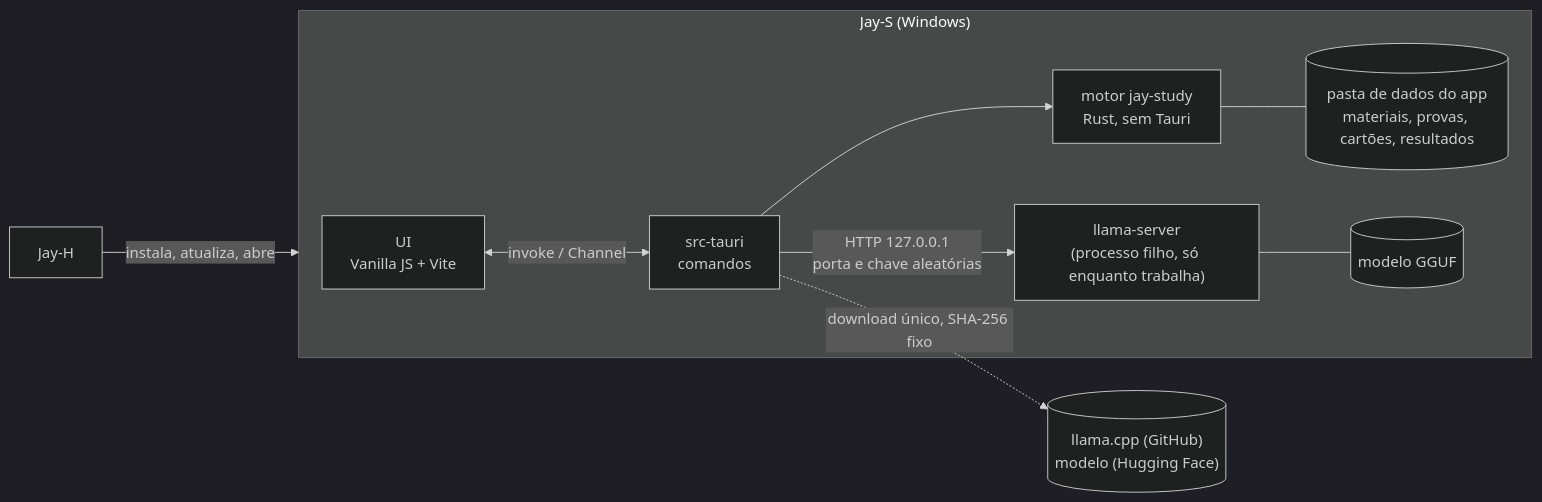
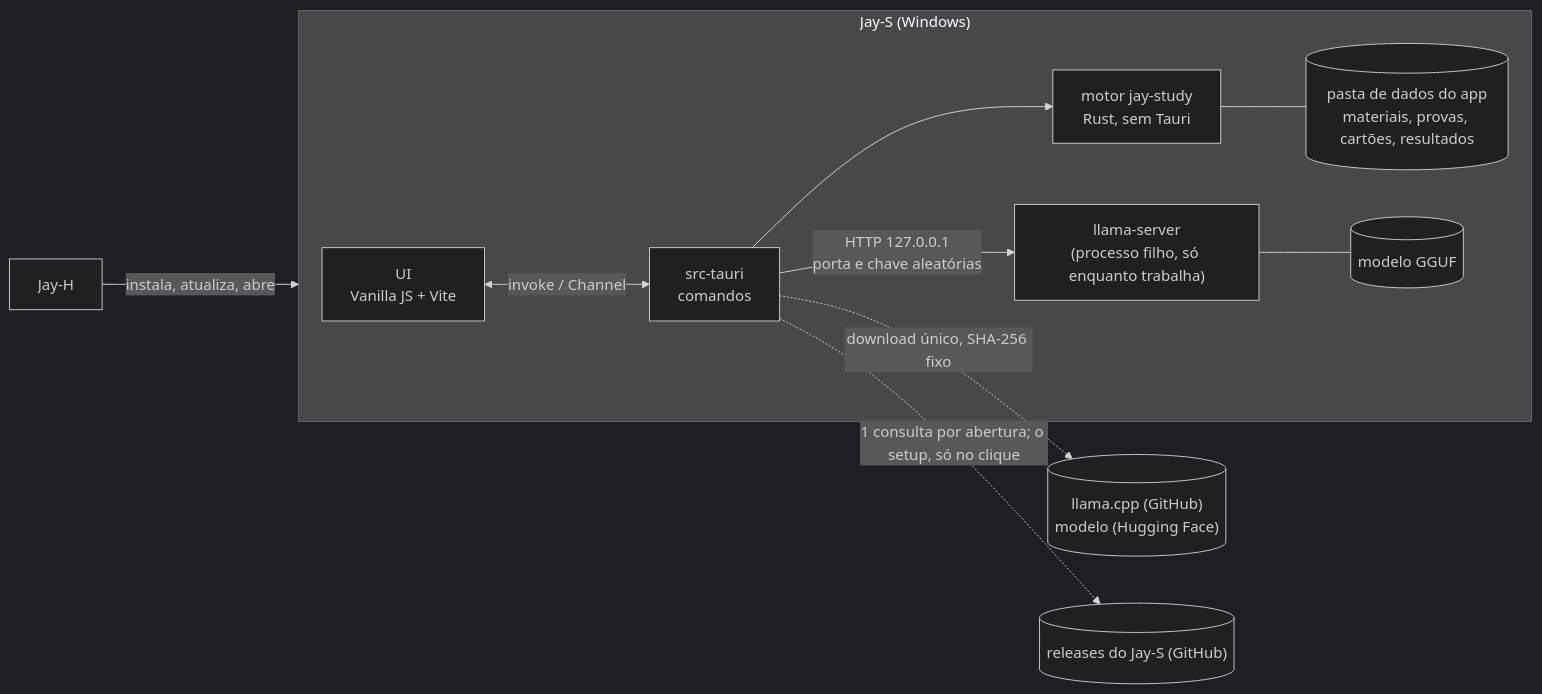
Before and after one commit to TyxMatty/Jay-S: the first of 3 diagrams in docs/ARQUITETURA.md, drawn with Mermaid (dark theme). The commit also changed other lines of this file and 17 other files, not shown here.

````diff
--- a/docs/ARQUITETURA.md
+++ b/docs/ARQUITETURA.md
@@ -18,12 +18,13 @@
 ```mermaid
 flowchart LR
   subgraph JS["Jay-S (Windows)"]
     UI["UI<br/>Vanilla JS + Vite"] <-- "invoke / Channel" --> RS["src-tauri<br/>comandos"]
     RS --> ENG["motor jay-study<br/>Rust, sem Tauri"]
     ENG --- DATA[("pasta de dados do app<br/>materiais, provas, cartões, resultados")]
     RS -- "HTTP 127.0.0.1<br/>porta e chave aleatórias" --> LLM["llama-server<br/>(processo filho, só enquanto trabalha)"]
     LLM --- MODEL[("modelo GGUF")]
   end
   RS -. "download único, SHA-256 fixo" .-> HF[("llama.cpp (GitHub)<br/>modelo (Hugging Face)")]
+  RS -. "1 consulta por abertura; o setup, só no clique" .-> GH[("releases do Jay-S (GitHub)")]
   JH["Jay-H"] -- "instala, atualiza, abre" --> JS
 ```
````
